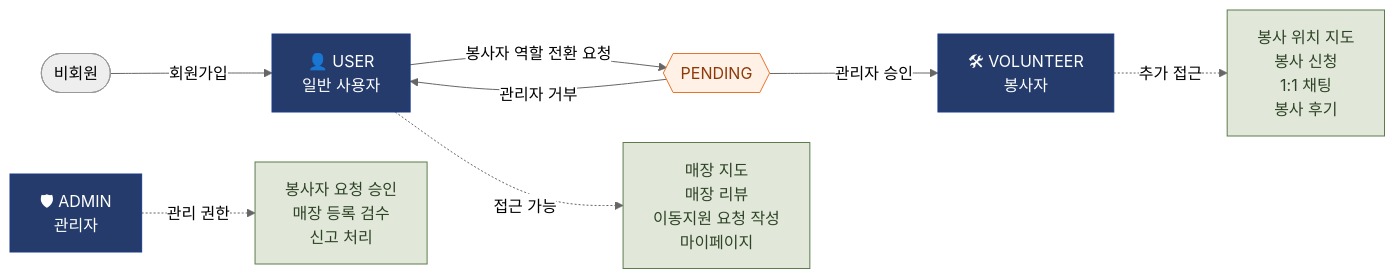
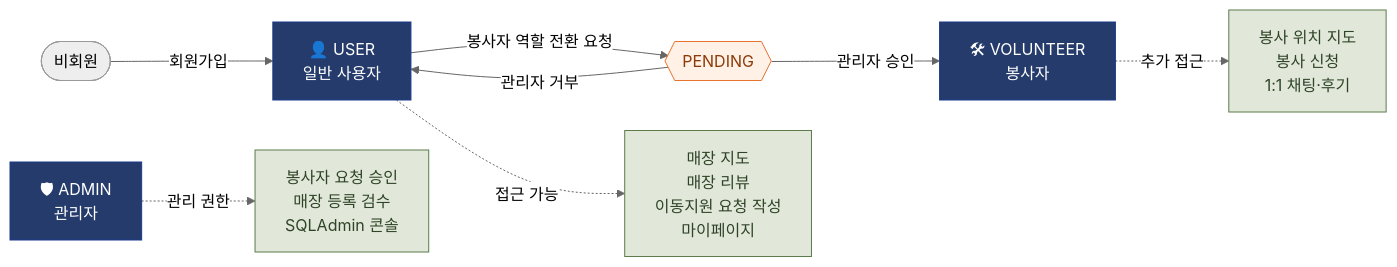
Before and after one commit to 2026-1-mobile-programming-team-3/backend: the third of 6 diagrams in docs/feature-diagram.md, drawn with Mermaid (neutral theme). The commit also changed other lines of this file and 30 other files, not shown here.

````diff
--- a/docs/feature-diagram.md
+++ b/docs/feature-diagram.md
@@ -77,22 +110,22 @@
 ```mermaid
 flowchart LR
     Guest([비회원]) -->|회원가입| User
     User[👤 USER<br>일반 사용자]
     Volunteer[🛠 VOLUNTEER<br>봉사자]
     Admin[🛡 ADMIN<br>관리자]
 
     User -->|봉사자 역할 전환 요청| Pending{{PENDING}}
     Pending -->|관리자 승인| Volunteer
     Pending -->|관리자 거부| User
 
     User -.->|접근 가능| UF[매장 지도<br>매장 리뷰<br>이동지원 요청 작성<br>마이페이지]
-    Volunteer -.->|추가 접근| VF[봉사 위치 지도<br>봉사 신청<br>1:1 채팅<br>봉사 후기]
-    Admin -.->|관리 권한| AF[봉사자 요청 승인<br>매장 등록 검수<br>신고 처리]
+    Volunteer -.->|추가 접근| VF[봉사 위치 지도<br>봉사 신청<br>1:1 채팅·후기]
+    Admin -.->|관리 권한| AF[봉사자 요청 승인<br>매장 등록 검수<br>SQLAdmin 콘솔]
 
     classDef role fill:#243B6B,stroke:#1B3A8C,color:#fff
     classDef perm fill:#E1E8DA,stroke:#5C7C4D,color:#2F4326
     classDef state fill:#FFF1E5,stroke:#E8732E,color:#8C3A0A
     class User,Volunteer,Admin role
     class UF,VF,AF perm
     class Pending state
 ```
````
